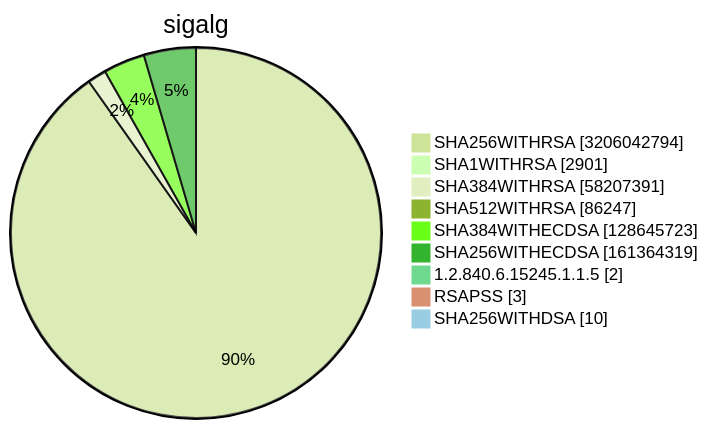
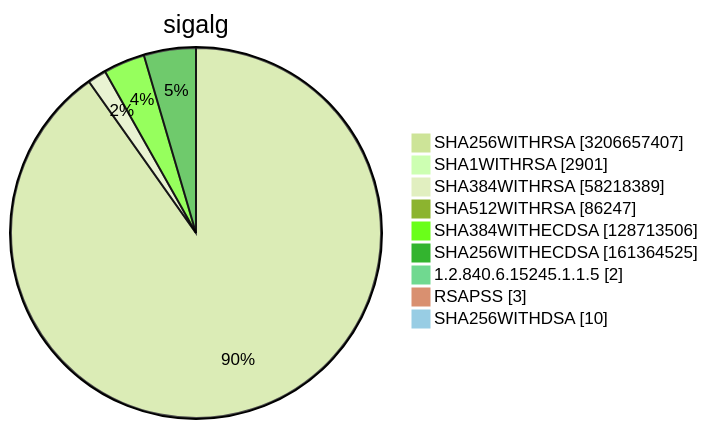
One commit to christiankrug/ctmonitor_visualization changed diagram 15 of 15 in TOTAL/README.md. Above: the diagram before and after it, drawn with Mermaid (forest theme). The commit also changed other lines of this file, not shown here.

````diff
--- a/TOTAL/README.md
+++ b/TOTAL/README.md
@@ -6217,13 +6217,13 @@
 ```mermaid
 pie showData
 title sigalg
-"SHA256WITHRSA" :3206042794
+"SHA256WITHRSA" :3206657407
 "SHA1WITHRSA" :2901
-"SHA384WITHRSA" :58207391
+"SHA384WITHRSA" :58218389
 "SHA512WITHRSA" :86247
-"SHA384WITHECDSA" :128645723
-"SHA256WITHECDSA" :161364319
+"SHA384WITHECDSA" :128713506
+"SHA256WITHECDSA" :161364525
 "1.2.840.6.15245.1.1.5" :2
 "RSAPSS" :3
 "SHA256WITHDSA" :10
 ```
````
